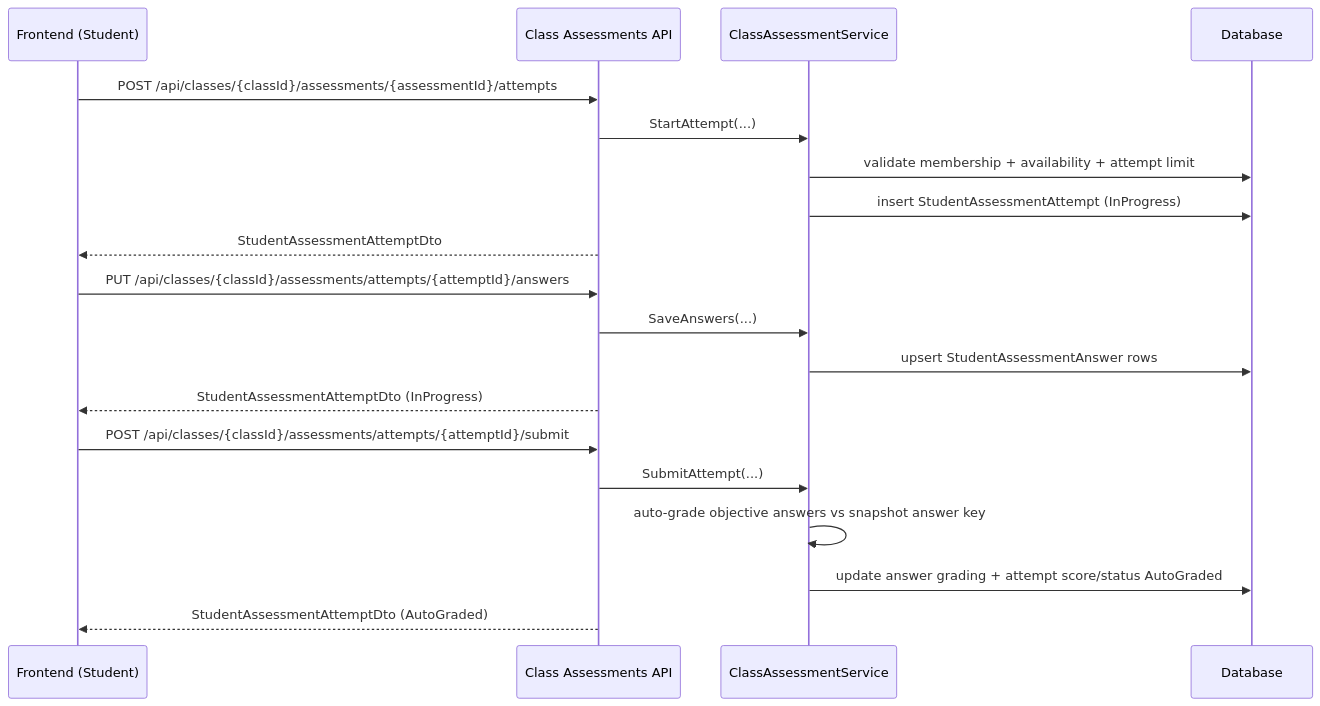
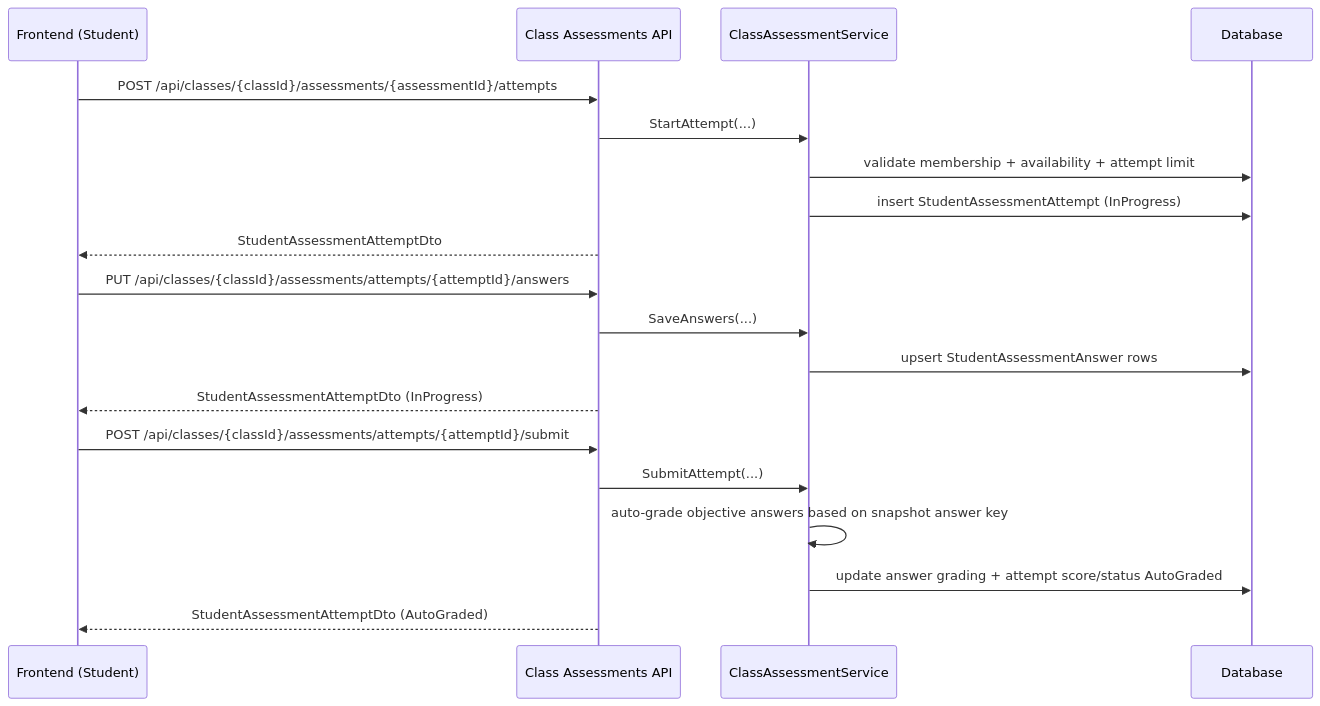
Before and after one commit to Nguyentheanh1424/examxy: the second of 3 diagrams in docs/features/api-flow-assessment.md, drawn with Mermaid. The commit also changed other lines of this file and 27 other files, not shown here.

````diff
--- a/docs/features/api-flow-assessment.md
+++ b/docs/features/api-flow-assessment.md
@@ -33,24 +33,24 @@
 ```mermaid
 sequenceDiagram
     participant FE as Frontend (Student)
     participant API as Class Assessments API
     participant SVC as ClassAssessmentService
     participant DB as Database
 
     FE->>API: POST /api/classes/{classId}/assessments/{assessmentId}/attempts
     API->>SVC: StartAttempt(...)
     SVC->>DB: validate membership + availability + attempt limit
     SVC->>DB: insert StudentAssessmentAttempt (InProgress)
     API-->>FE: StudentAssessmentAttemptDto
 
     FE->>API: PUT /api/classes/{classId}/assessments/attempts/{attemptId}/answers
     API->>SVC: SaveAnswers(...)
     SVC->>DB: upsert StudentAssessmentAnswer rows
     API-->>FE: StudentAssessmentAttemptDto (InProgress)
 
     FE->>API: POST /api/classes/{classId}/assessments/attempts/{attemptId}/submit
     API->>SVC: SubmitAttempt(...)
-    SVC->>SVC: auto-grade objective answers vs snapshot answer key
+    SVC->>SVC: auto-grade objective answers based on snapshot answer key
     SVC->>DB: update answer grading + attempt score/status AutoGraded
     API-->>FE: StudentAssessmentAttemptDto (AutoGraded)
 ```
````
